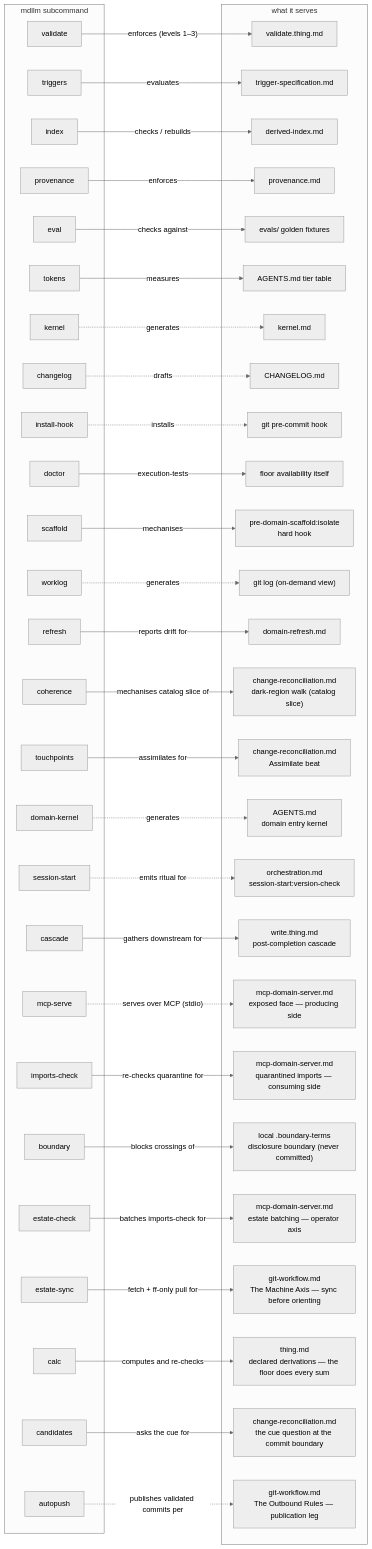
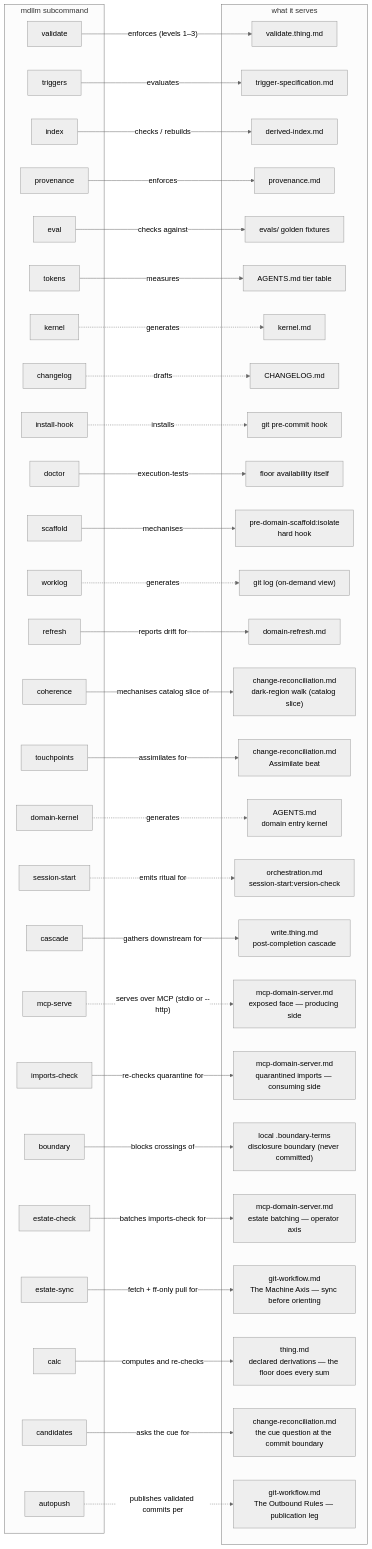
Before and after one commit to JanoshMoshiri/MarkdownLLM: the third of 4 diagrams in docs/framework-map.md, drawn with Mermaid (neutral theme). The commit also changed 18 other files, not shown here.

```diff
--- a/docs/framework-map.md
+++ b/docs/framework-map.md
@@ -249,7 +249,7 @@
     C16 -.->|"generates"| T16
     C17 -.->|"emits ritual for"| T17
     C18 -->|"gathers downstream for"| T18
-    C19 -.->|"serves over MCP (stdio)"| T19
+    C19 -.->|"serves over MCP (stdio or --http)"| T19
     C20 -->|"re-checks quarantine for"| T20
     C21 -->|"blocks crossings of"| T21
     C22 -->|"batches imports-check for"| T22
```
